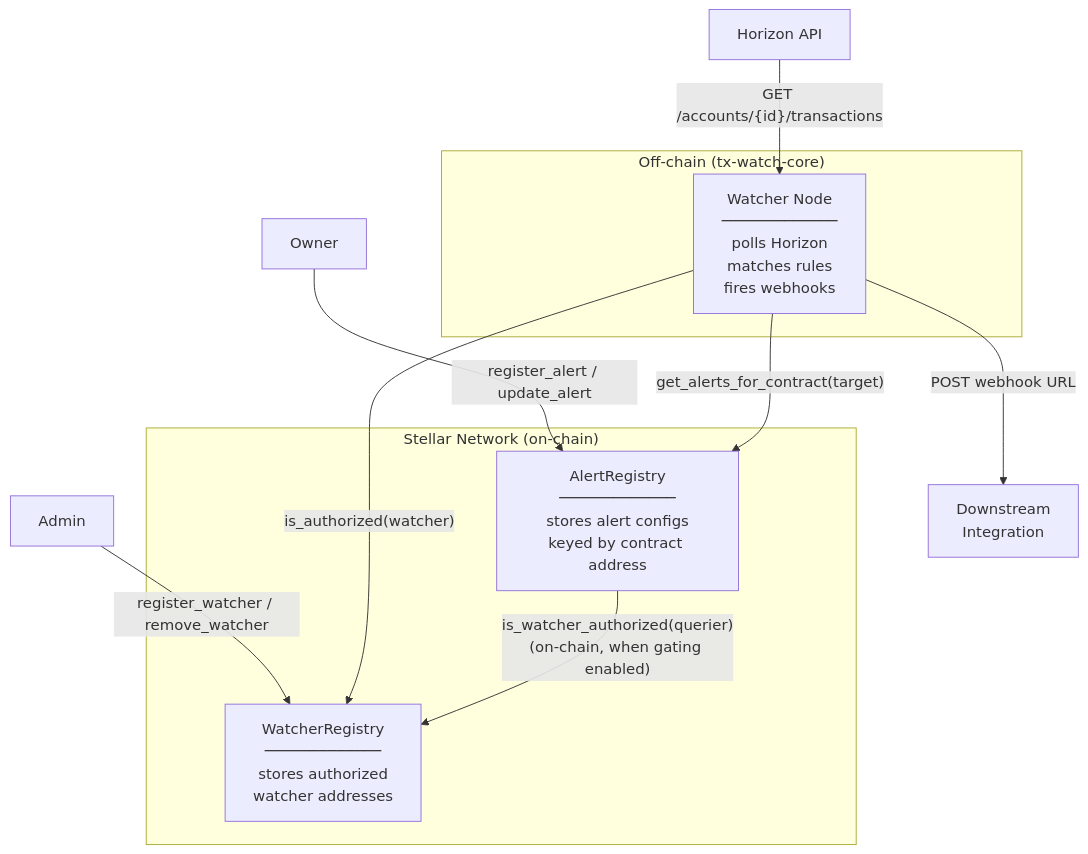
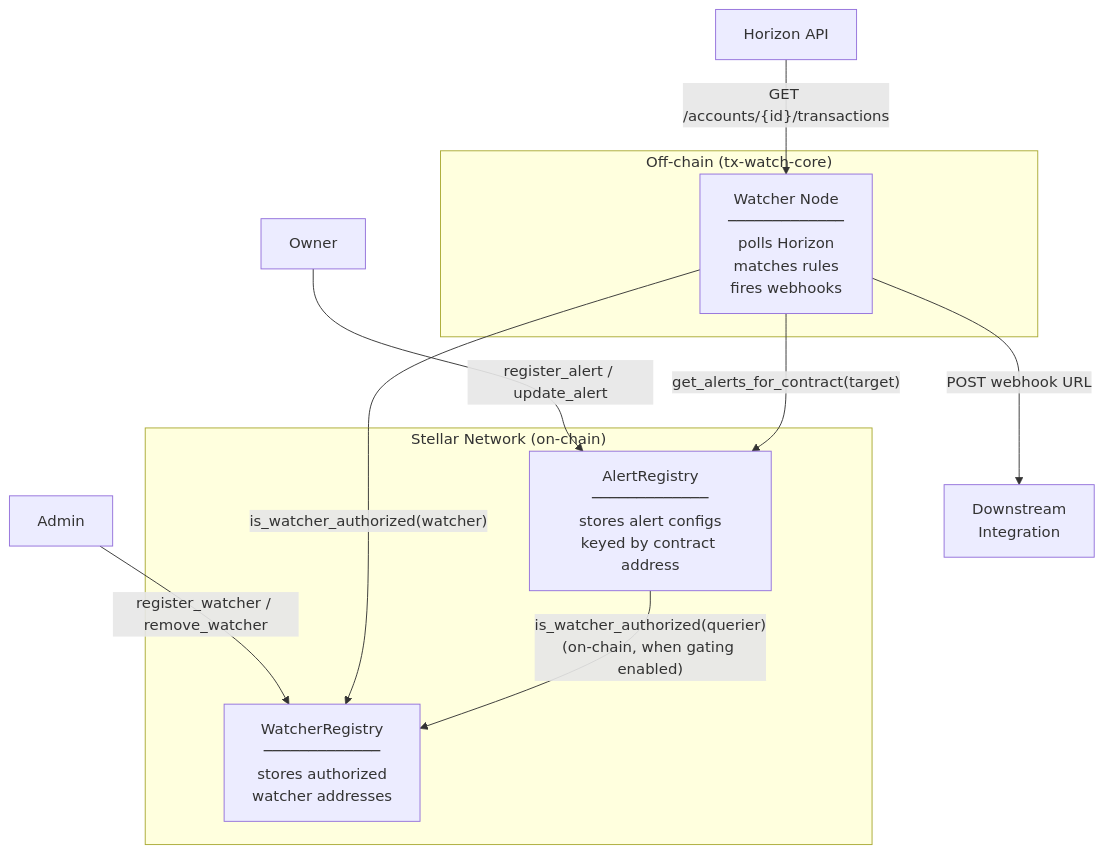
Before and after one commit to Tx-wats/contracts: the diagram in README.md, drawn with Mermaid. The commit also changed other lines of this file and 5 other files, not shown here.

Commit message:
Deprecate is_authorized alias and update examples to is_watcher_authorized

````diff
--- a/README.md
+++ b/README.md
@@ -48,20 +48,20 @@
 ```mermaid
 flowchart TD
     subgraph Stellar["Stellar Network (on-chain)"]
         AR["AlertRegistry\n─────────────\nstores alert configs\nkeyed by contract address"]
         WR["WatcherRegistry\n─────────────\nstores authorized\nwatcher addresses"]
     end
 
     subgraph OffChain["Off-chain (tx-watch-core)"]
         W["Watcher Node\n─────────────\npolls Horizon\nmatches rules\nfires webhooks"]
     end
 
     Owner["Owner"] -->|"register_alert / update_alert"| AR
     Admin["Admin"] -->|"register_watcher / remove_watcher"| WR
 
-    W -->|"is_authorized(watcher)"| WR
+    W -->|"is_watcher_authorized(watcher)"| WR
     W -->|"get_alerts_for_contract(target)"| AR
     AR -->|"is_watcher_authorized(querier)\n(on-chain, when gating enabled)"| WR
     Horizon["Horizon API"] -->|"GET /accounts/{id}/transactions"| W
     W -->|"POST webhook URL"| Endpoint["Downstream\nIntegration"]
 ```
````
